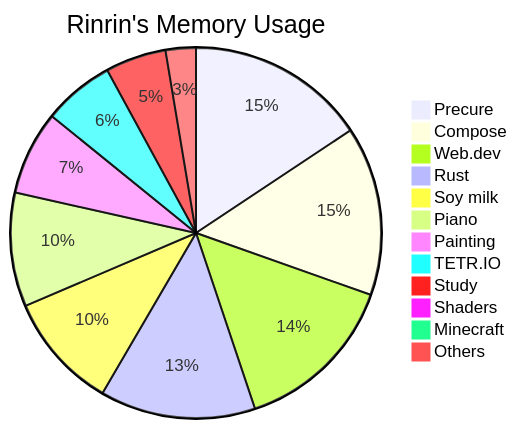
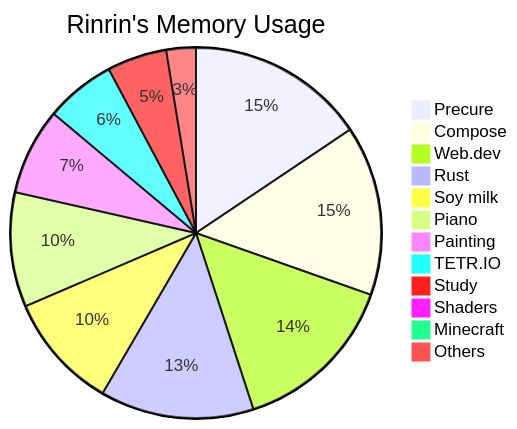
Before and after one commit to Rinrin0413/Rinrin0413: the diagram in README.md, drawn with Mermaid.

Commit message:
🛠 Update: Rinrin's Memory Usage

````diff
--- a/README.md
+++ b/README.md
@@ -77,15 +77,15 @@
 ```mermaid
 pie title Rinrin's Memory Usage
     "Precure": 635
-    "Compose": 598
-    "Web.dev": 585
-    "Rust": 550
-    "Soy milk": 412
-    "Piano": 403
-    "Painting": 297
-    "TETR.IO": 252
-    "Study": 215
+    "Compose": 603
+    "Web.dev": 594
+    "Rust": 546
+    "Soy milk": 413
+    "Piano": 407
+    "Painting": 308
+    "TETR.IO": 249
+    "Study": 212
     "Shaders": 30
     "Minecraft": 30
-    "Others": 107
+    "Others": 105
 ```
````
